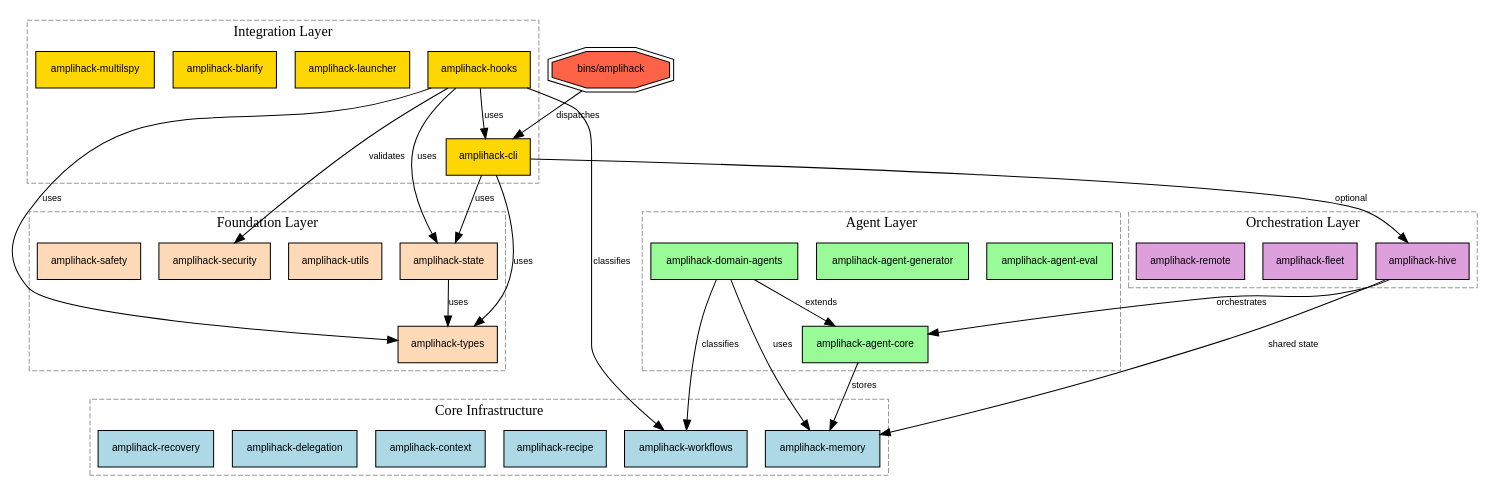
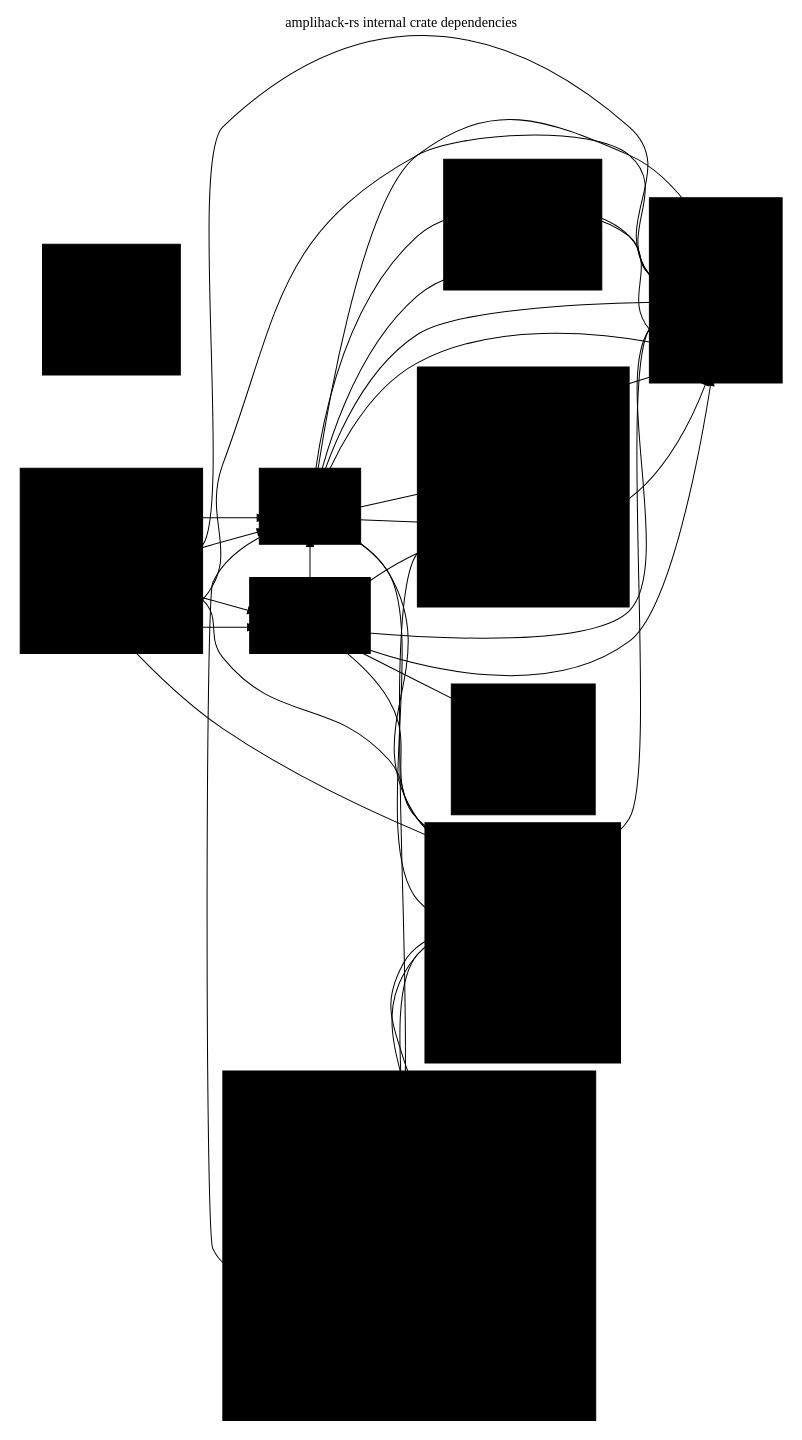
One commit to rysweet/amplihack-rs changed the diagram in docs/atlas/compile-deps/compile-deps.dot. Above: the diagram before and after it, drawn with Graphviz. The commit also changed 70 other files, not shown here.

```diff
--- a/docs/atlas/compile-deps/compile-deps.dot
+++ b/docs/atlas/compile-deps/compile-deps.dot
@@ -1,79 +1,88 @@
 digraph compile_deps {
-    rankdir=TB;
-    node [shape=box, style=filled, fontname="Helvetica", fontsize=10];
-    edge [fontname="Helvetica", fontsize=9];
-
-    // Foundation Layer
-    subgraph cluster_foundation {
-        label="Foundation Layer";
-        style=dashed; color="#999999";
-        types [label="amplihack-types", fillcolor="#FFDAB9"];
-        state [label="amplihack-state", fillcolor="#FFDAB9"];
-        utils [label="amplihack-utils", fillcolor="#FFDAB9"];
-        security [label="amplihack-security", fillcolor="#FFDAB9"];
-        safety [label="amplihack-safety", fillcolor="#FFDAB9"];
-    }
-
-    // Core Infrastructure
-    subgraph cluster_core {
-        label="Core Infrastructure";
-        style=dashed; color="#999999";
-        memory [label="amplihack-memory", fillcolor="#ADD8E6"];
-        workflows [label="amplihack-workflows", fillcolor="#ADD8E6"];
-        recipe [label="amplihack-recipe", fillcolor="#ADD8E6"];
-        context [label="amplihack-context", fillcolor="#ADD8E6"];
-        delegation [label="amplihack-delegation", fillcolor="#ADD8E6"];
-        recovery [label="amplihack-recovery", fillcolor="#ADD8E6"];
-    }
-
-    // Agent Layer
-    subgraph cluster_agent {
-        label="Agent Layer";
-        style=dashed; color="#999999";
-        agent_core [label="amplihack-agent-core", fillcolor="#98FB98"];
-        agent_eval [label="amplihack-agent-eval", fillcolor="#98FB98"];
-        agent_gen [label="amplihack-agent-generator", fillcolor="#98FB98"];
-        domain_agents [label="amplihack-domain-agents", fillcolor="#98FB98"];
-    }
-
-    // Orchestration Layer
-    subgraph cluster_orch {
-        label="Orchestration Layer";
-        style=dashed; color="#999999";
-        hive [label="amplihack-hive", fillcolor="#DDA0DD"];
-        fleet [label="amplihack-fleet", fillcolor="#DDA0DD"];
-        remote [label="amplihack-remote", fillcolor="#DDA0DD"];
-    }
-
-    // Integration Layer
-    subgraph cluster_integration {
-        label="Integration Layer";
-        style=dashed; color="#999999";
-        cli [label="amplihack-cli", fillcolor="#FFD700"];
-        hooks [label="amplihack-hooks", fillcolor="#FFD700"];
-        launcher [label="amplihack-launcher", fillcolor="#FFD700"];
-        blarify [label="amplihack-blarify", fillcolor="#FFD700"];
-        multilspy [label="amplihack-multilspy", fillcolor="#FFD700"];
-    }
-
-    // Binary
-    bin_amplihack [label="bins/amplihack", fillcolor="#FF6347", shape=doubleoctagon];
-
-    // Dependencies
-    state -> types [label="uses"];
-    agent_core -> memory [label="stores"];
-    domain_agents -> agent_core [label="extends"];
-    domain_agents -> memory [label="uses"];
-    domain_agents -> workflows [label="classifies"];
-    hive -> agent_core [label="orchestrates"];
-    hive -> memory [label="shared state"];
-    cli -> types [label="uses"];
-    cli -> state [label="uses"];
-    cli -> hive [label="optional"];
-    hooks -> types [label="uses"];
-    hooks -> state [label="uses"];
-    hooks -> cli [label="uses"];
-    hooks -> security [label="validates"];
-    hooks -> workflows [label="classifies"];
-    bin_amplihack -> cli [label="dispatches"];
+  rankdir=LR; node [shape=box,style=rounded,fontsize=10];
+  labelloc=t; label="amplihack-rs internal crate dependencies";
+  subgraph cluster_0 { label="Entry points (bins)"; style=filled; color="#eef";
+    "amplihack";
+    "amplihack-hooks-bin";
+    "amplihack-asset-resolver-bin";
+  }
+  subgraph cluster_1 { label="CLI core"; style=filled; color="#eef";
+    "amplihack-cli";
+  }
+  subgraph cluster_2 { label="Hooks"; style=filled; color="#eef";
+    "amplihack-hooks";
+  }
+  subgraph cluster_3 { label="Agents / AI"; style=filled; color="#eef";
+    "amplihack-agent-core";
+    "amplihack-agent-eval";
+    "amplihack-agent-generator";
+    "amplihack-domain-agents";
+    "amplihack-hive";
+    "amplihack-delegation";
+    "amplihack-fleet";
+  }
+  subgraph cluster_4 { label="Orchestration & workflows"; style=filled; color="#eef";
+    "amplihack-orchestration";
+    "amplihack-workflows";
+    "amplihack-reflection";
+    "amplihack-recovery";
+  }
+  subgraph cluster_5 { label="State / memory / session"; style=filled; color="#eef";
+    "amplihack-memory";
+    "amplihack-state";
+    "amplihack-session";
+    "amplihack-context";
+  }
+  subgraph cluster_6 { label="Launcher & remote"; style=filled; color="#eef";
+    "amplihack-launcher";
+    "amplihack-remote";
+  }
+  subgraph cluster_7 { label="Foundation"; style=filled; color="#eef";
+    "amplihack-types";
+    "amplihack-utils";
+    "amplihack-builders";
+  }
+  subgraph cluster_8 { label="Security & safety"; style=filled; color="#eef";
+    "amplihack-security";
+    "amplihack-safety";
+  }
+  subgraph cluster_9 { label="Code analysis"; style=filled; color="#eef";
+    "amplihack-blarify";
+    "amplihack-multilspy";
+  }
+  "amplihack" -> "amplihack-cli";
+  "amplihack" -> "amplihack-hooks";
+  "amplihack" -> "amplihack-state";
+  "amplihack" -> "amplihack-types";
+  "amplihack-agent-core" -> "amplihack-memory";
+  "amplihack-asset-resolver-bin" -> "amplihack-cli";
+  "amplihack-cli" -> "amplihack-builders";
+  "amplihack-cli" -> "amplihack-hive";
+  "amplihack-cli" -> "amplihack-launcher";
+  "amplihack-cli" -> "amplihack-memory";
+  "amplihack-cli" -> "amplihack-reflection";
+  "amplihack-cli" -> "amplihack-remote";
+  "amplihack-cli" -> "amplihack-state";
+  "amplihack-cli" -> "amplihack-types";
+  "amplihack-cli" -> "amplihack-utils";
+  "amplihack-cli" -> "amplihack-workflows";
+  "amplihack-domain-agents" -> "amplihack-agent-core";
+  "amplihack-domain-agents" -> "amplihack-memory";
+  "amplihack-domain-agents" -> "amplihack-workflows";
+  "amplihack-hive" -> "amplihack-agent-core";
+  "amplihack-hive" -> "amplihack-memory";
+  "amplihack-hooks" -> "amplihack-cli";
+  "amplihack-hooks" -> "amplihack-security";
+  "amplihack-hooks" -> "amplihack-state";
+  "amplihack-hooks" -> "amplihack-types";
+  "amplihack-hooks" -> "amplihack-utils";
+  "amplihack-hooks" -> "amplihack-workflows";
+  "amplihack-hooks-bin" -> "amplihack-hooks";
+  "amplihack-hooks-bin" -> "amplihack-state";
+  "amplihack-hooks-bin" -> "amplihack-types";
+  "amplihack-launcher" -> "amplihack-types";
+  "amplihack-launcher" -> "amplihack-utils";
+  "amplihack-orchestration" -> "amplihack-utils";
+  "amplihack-state" -> "amplihack-types";
+  "amplihack-workflows" -> "amplihack-utils";
 }
```
